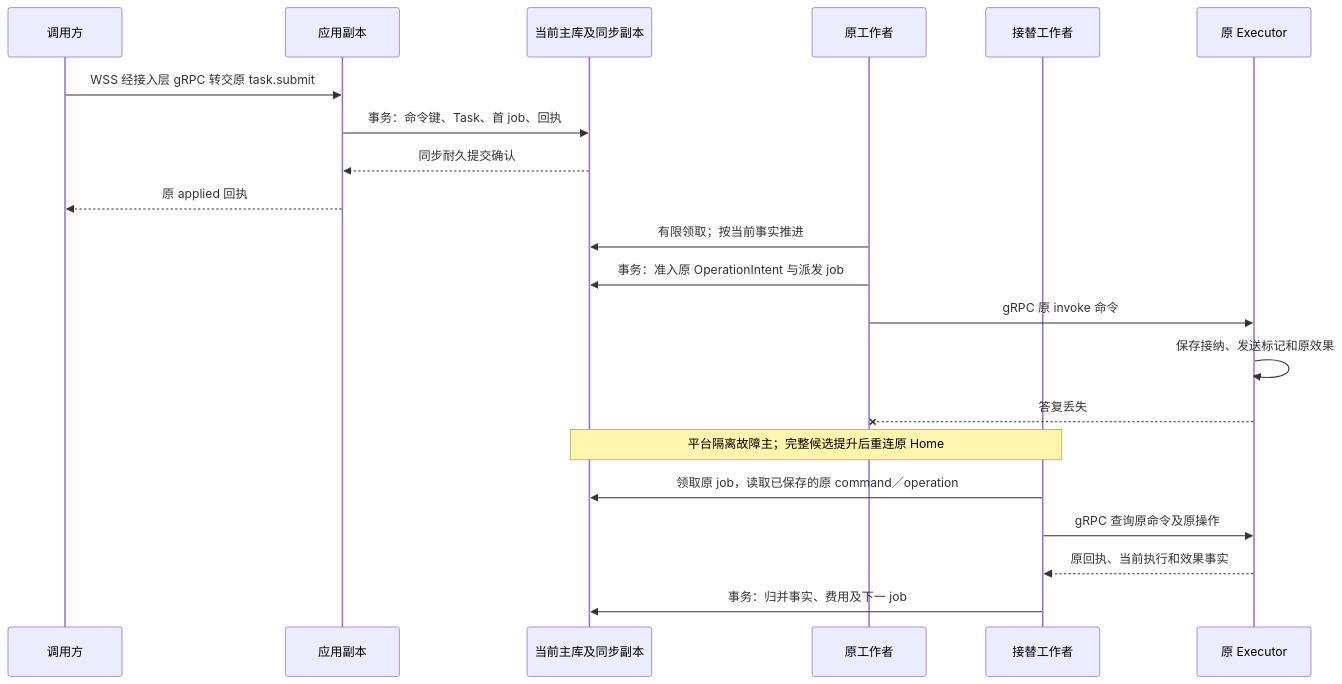
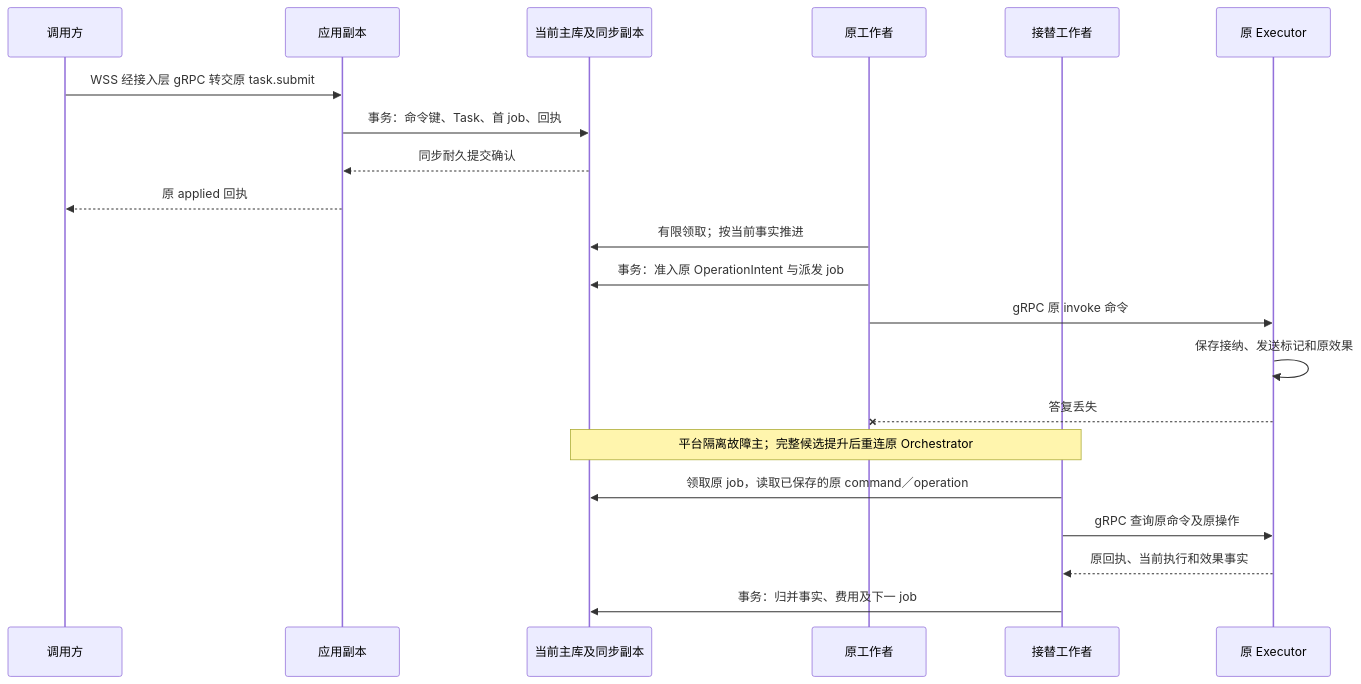
The fourth of 5 diagrams in docs/architecture/deployment-production.md (ruipengliu/lerna), drawn with Mermaid before and after one commit. The commit also changed other lines of this file and 174 other files, not shown here.

````diff
--- a/docs/architecture/deployment-production.md
+++ b/docs/architecture/deployment-production.md
@@ -162,23 +162,23 @@
 ```mermaid
 sequenceDiagram
     participant C as 调用方
     participant A as 应用副本
     participant D as 当前主库及同步副本
     participant W as 原工作者
     participant N as 接替工作者
     participant E as 原 Executor
     C->>A: WSS 经接入层 gRPC 转交原 task.submit
     A->>D: 事务：命令键、Task、首 job、回执
     D-->>A: 同步耐久提交确认
     A-->>C: 原 applied 回执
     W->>D: 有限领取；按当前事实推进
     W->>D: 事务：准入原 OperationIntent 与派发 job
     W->>E: gRPC 原 invoke 命令
     E->>E: 保存接纳、发送标记和原效果
     E--xW: 答复丢失
-    Note over D,N: 平台隔离故障主；完整候选提升后重连原 Home
+    Note over D,N: 平台隔离故障主；完整候选提升后重连原 Orchestrator
     N->>D: 领取原 job，读取已保存的原 command／operation
     N->>E: gRPC 查询原命令及原操作
     E-->>N: 原回执、当前执行和效果事实
     N->>D: 事务：归并事实、费用及下一 job
 ```
````
